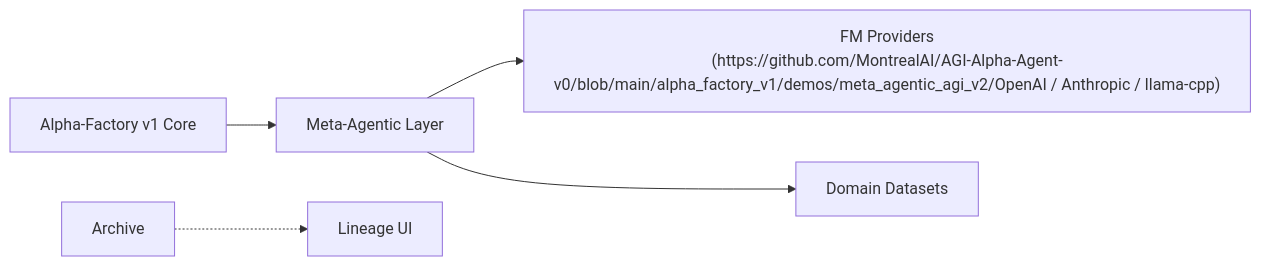
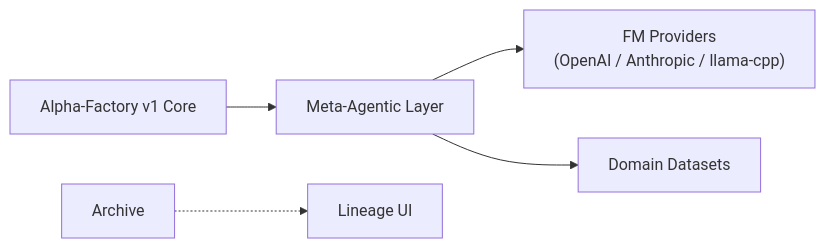
Before and after one commit to MontrealAI/AGI-Alpha-Agent-v0: the third of 3 diagrams in docs/demos/meta_agentic_agi_v2.md, drawn with Mermaid. The commit also changed other lines of this file and 216 other files, not shown here.

````diff
--- a/docs/demos/meta_agentic_agi_v2.md
+++ b/docs/demos/meta_agentic_agi_v2.md
@@ -186,12 +210,12 @@
 ```mermaid
 flowchart LR
   AFV1["Alpha‑Factory v1 Core"]
   MAA["Meta‑Agentic Layer"]
-  Providers["FM Providers<br/>(https://github.com/MontrealAI/AGI-Alpha-Agent-v0/blob/main/alpha_factory_v1/demos/meta_agentic_agi_v2/OpenAI / Anthropic / llama‑cpp)"]
+  Providers["FM Providers<br/>(OpenAI / Anthropic / llama‑cpp)"]
   Dataset["Domain Datasets"]
   UI2["Lineage UI"]
   AFV1 --> MAA
   MAA --> Providers
   MAA --> Dataset
   Archive -.-> UI2
 ```
````
